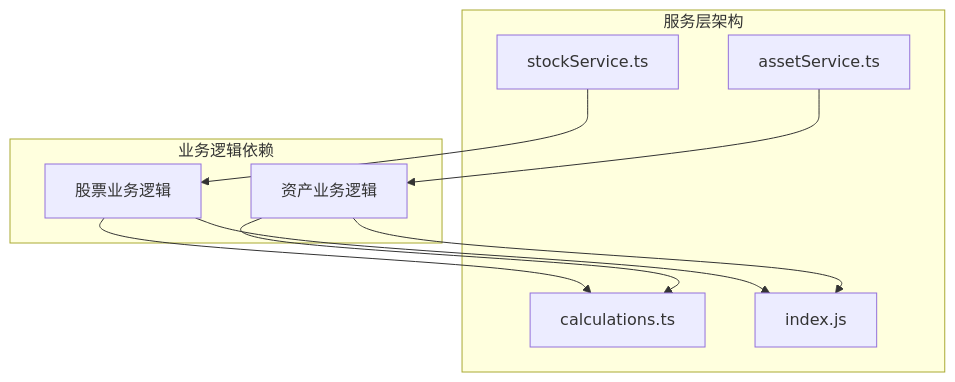
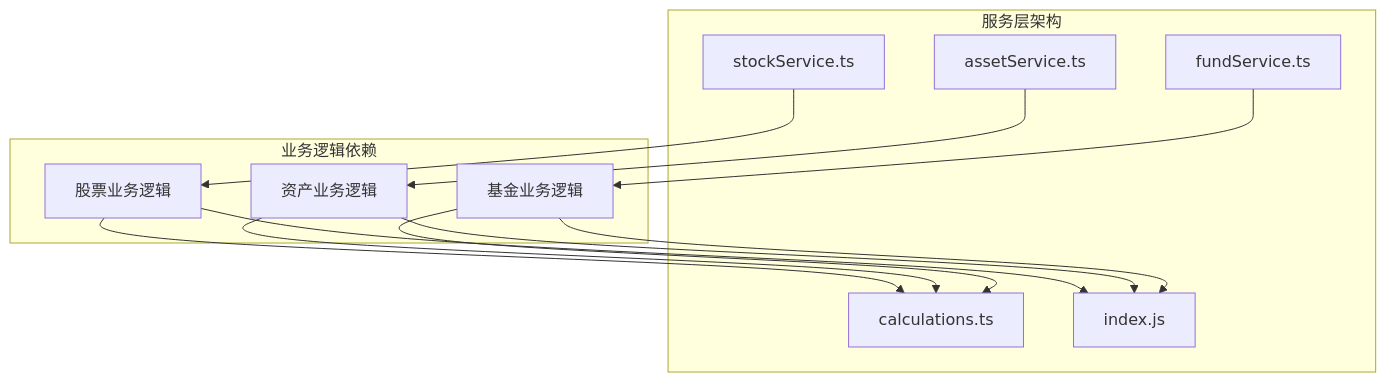
Diagram 19 of 20 in .qoder/repowiki/zh/content/资产管理/资产总览.md (xiao-lin-unit/yuan), drawn with Mermaid before and after one commit. The commit also changed other lines of this file and 17 other files, not shown here.

````diff
--- a/.qoder/repowiki/zh/content/资产管理/资产总览.md
+++ b/.qoder/repowiki/zh/content/资产管理/资产总览.md
@@ -696,19 +848,24 @@
 ```mermaid
 graph TB
 subgraph "服务层架构"
 AS[assetService.ts]
+FS[fundService.ts]
 SS[stockService.ts]
 CAL[calculations.ts]
 DB[index.js]
 end
 subgraph "业务逻辑依赖"
 StockBusiness[股票业务逻辑]
 AssetBusiness[资产业务逻辑]
+FundBusiness[基金业务逻辑]
 end
 AS --> AssetBusiness
 SS --> StockBusiness
+FS --> FundBusiness
 StockBusiness --> CAL
 AssetBusiness --> CAL
+FundBusiness --> CAL
 StockBusiness --> DB
 AssetBusiness --> DB
+FundBusiness --> DB
 ```
````
